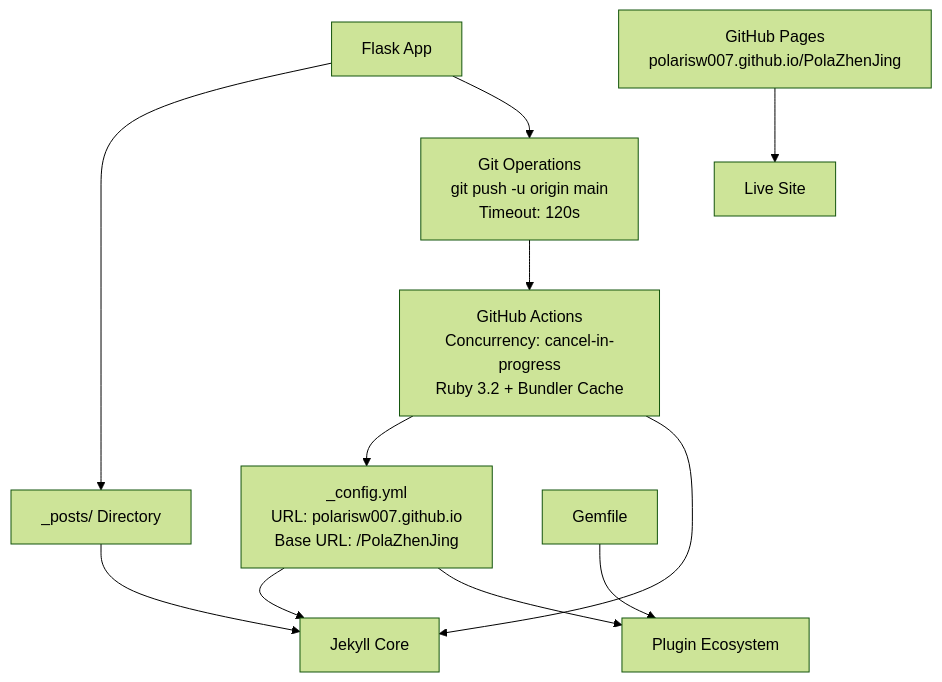
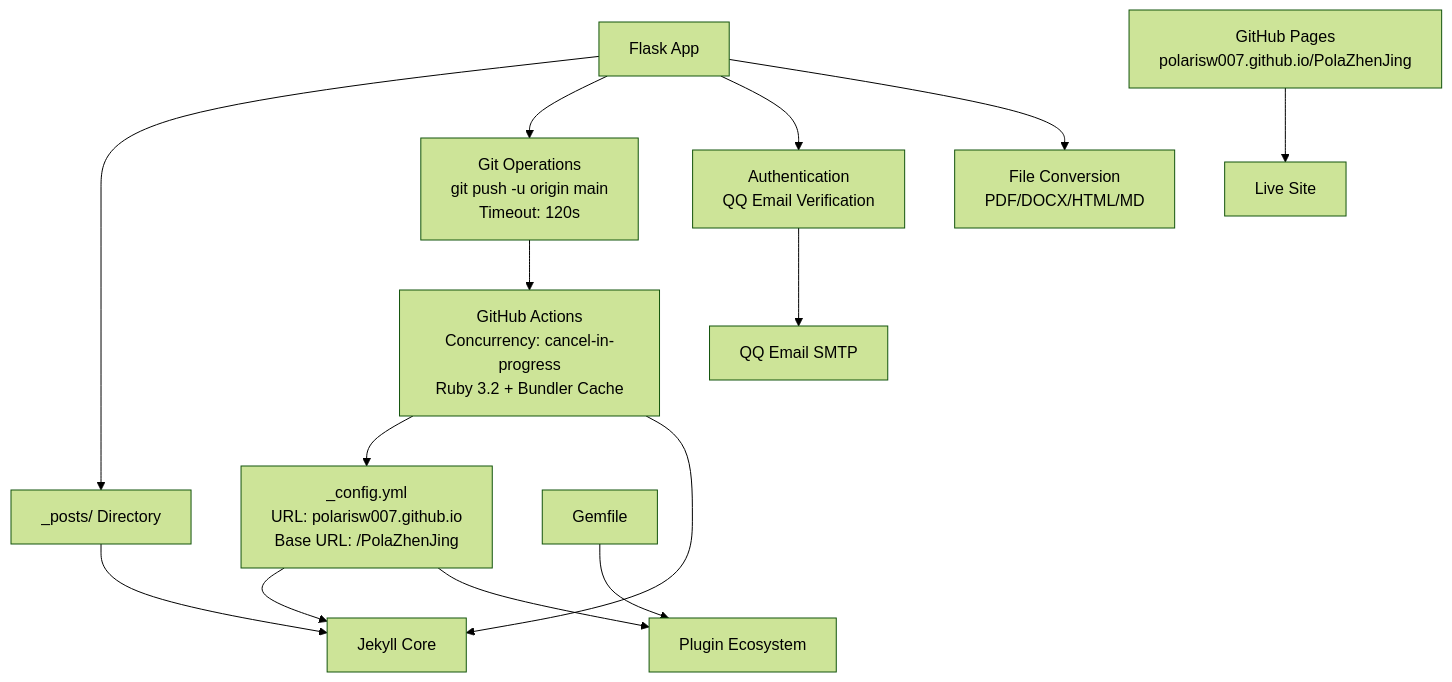
The fourth of 4 diagrams in .qoder/repowiki/en/content/Backend Application/Publishing Pipeline.md (PolarisW007/PolaZhenJing), drawn with Mermaid (forest theme) before and after one commit. The commit also changed other lines of this file and 8 other files, not shown here.

````diff
--- a/.qoder/repowiki/en/content/Backend Application/Publishing Pipeline.md
+++ b/.qoder/repowiki/en/content/Backend Application/Publishing Pipeline.md
@@ -232,13 +329,16 @@
 ```mermaid
 graph TB
 CFG["_config.yml<br/>URL: polarisw007.github.io<br/>Base URL: /PolaZhenJing"] --> JKY["Jekyll Core"]
 CFG --> PLG["Plugin Ecosystem"]
 FLSK["Flask App"] --> POSTS["_posts/ Directory"]
 FLSK --> GIT["Git Operations<br/>git push -u origin main<br/>Timeout: 120s"]
+FLSK --> AUTH["Authentication<br/>QQ Email Verification"]
+FLSK --> CONV["File Conversion<br/>PDF/DOCX/HTML/MD"]
 POSTS --> JKY
 GIT --> ACT["GitHub Actions<br/>Concurrency: cancel-in-progress<br/>Ruby 3.2 + Bundler Cache"]
 ACT --> CFG
 ACT --> JKY
 GEM["Gemfile"] --> PLG
+AUTH --> MAIL["QQ Email SMTP"]
 PAGES["GitHub Pages<br/>polarisw007.github.io/PolaZhenJing"] --> LIVE["Live Site"]
 ```
````
